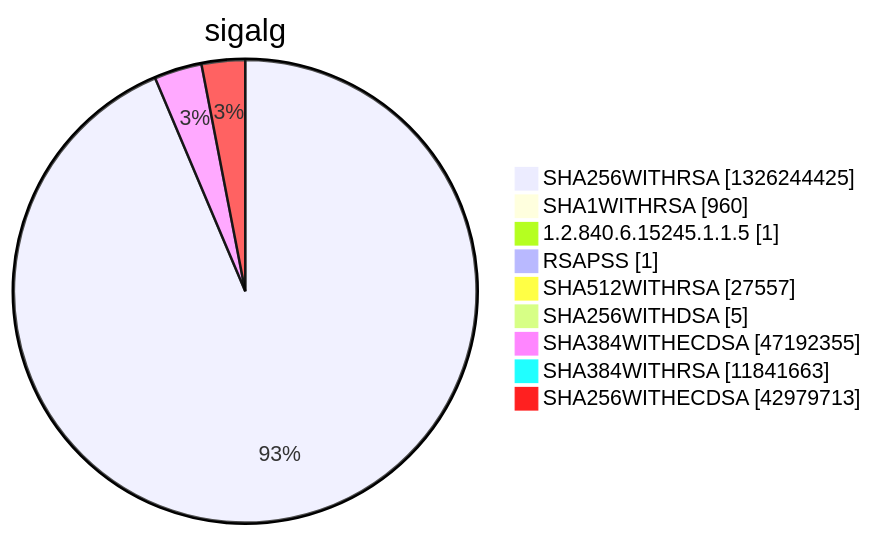
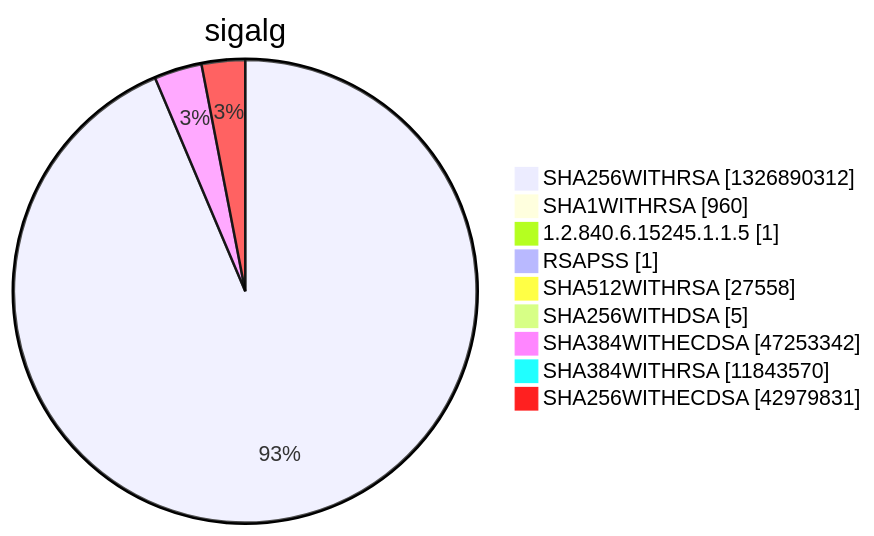
One commit to christiankrug/ctmonitor_visualization changed diagram 15 of 15 in argon2022/README.md. Above: the diagram before and after it, drawn with Mermaid. The commit also changed other lines of this file, not shown here.

````diff
--- a/argon2022/README.md
+++ b/argon2022/README.md
@@ -5524,13 +5524,13 @@
 ```mermaid
 pie showData
 title sigalg
-"SHA256WITHRSA" :1326244425
+"SHA256WITHRSA" :1326890312
 "SHA1WITHRSA" :960
 "1.2.840.6.15245.1.1.5" :1
 "RSAPSS" :1
-"SHA512WITHRSA" :27557
+"SHA512WITHRSA" :27558
 "SHA256WITHDSA" :5
-"SHA384WITHECDSA" :47192355
-"SHA384WITHRSA" :11841663
-"SHA256WITHECDSA" :42979713
+"SHA384WITHECDSA" :47253342
+"SHA384WITHRSA" :11843570
+"SHA256WITHECDSA" :42979831
 ```
````
